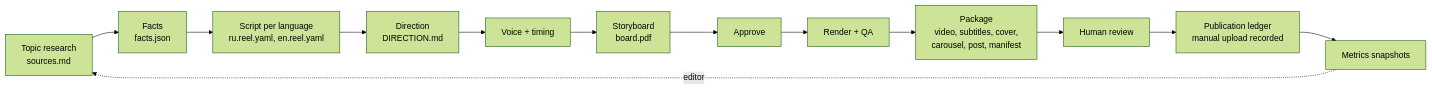
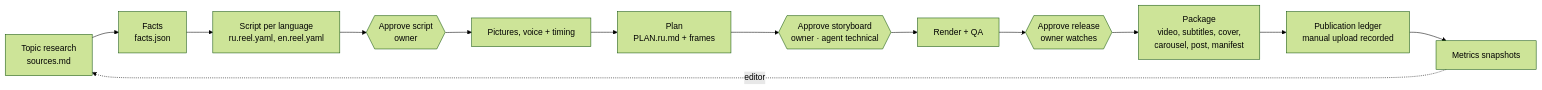
The first of 2 diagrams in docs/explanation/workflow.md (eiler2005/Storygro), drawn with Mermaid (forest theme) before and after one commit. The commit also changed other lines of this file and 44 other files, not shown here.

````diff
--- a/docs/explanation/workflow.md
+++ b/docs/explanation/workflow.md
@@ -11,15 +11,15 @@
 ```mermaid
 flowchart LR
   R[Topic research<br/>sources.md] --> F[Facts<br/>facts.json]
   F --> S[Script per language<br/>ru.reel.yaml, en.reel.yaml]
-  S --> D[Direction<br/>DIRECTION.md]
-  D --> V[Voice + timing]
-  V --> B[Storyboard<br/>board.pdf]
-  B --> A[Approve]
+  S --> AS{{Approve script<br/>owner}}
+  AS --> D[Pictures, voice + timing]
+  D --> B[Plan<br/>PLAN.ru.md + frames]
+  B --> A{{Approve storyboard<br/>owner · agent technical}}
   A --> P[Render + QA]
-  P --> K[Package<br/>video, subtitles, cover,<br/>carousel, post, manifest]
-  K --> H[Human review]
-  H --> PUB[Publication ledger<br/>manual upload recorded]
+  P --> H{{Approve release<br/>owner watches}}
+  H --> K[Package<br/>video, subtitles, cover,<br/>carousel, post, manifest]
+  K --> PUB[Publication ledger<br/>manual upload recorded]
   PUB --> M[Metrics snapshots]
   M -.editor.-> R
 ```
````
